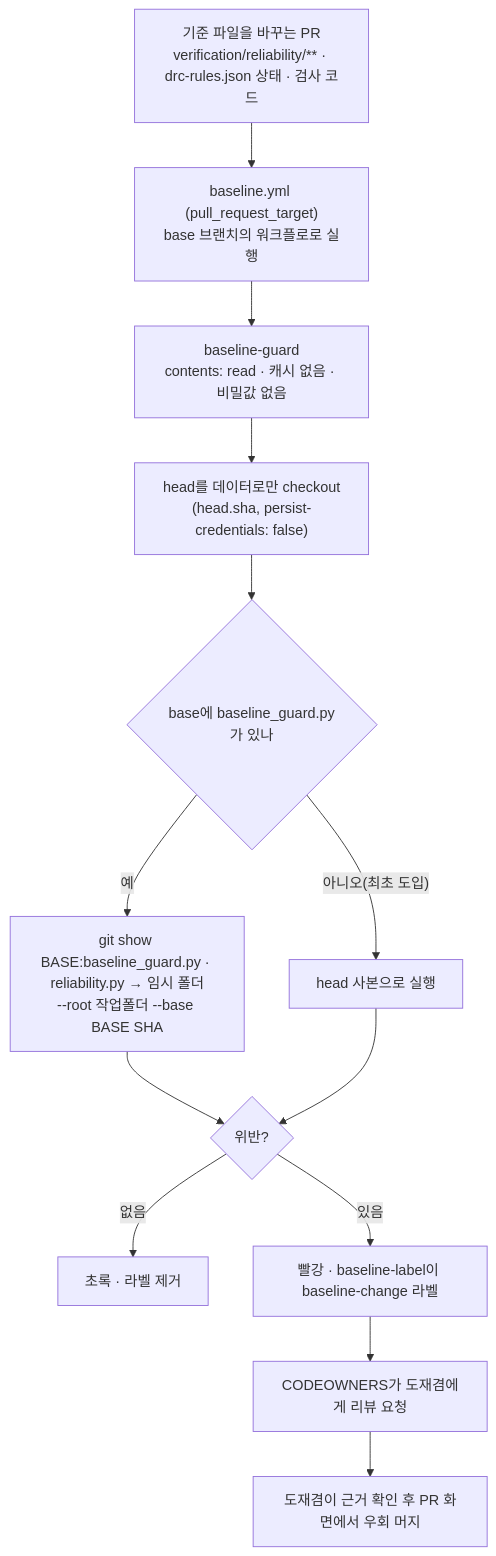
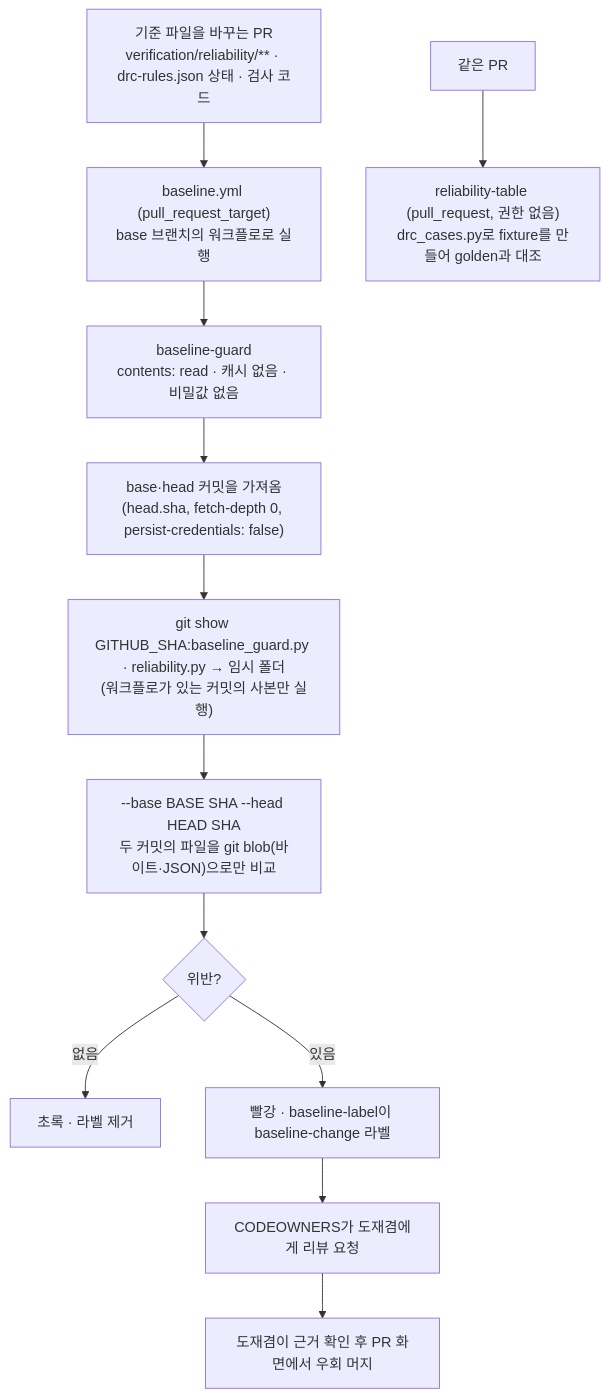
One commit to SNU-SSC-Lab/circuit-team-05 changed the first of 3 diagrams in docs/specs/0019-merge-gate.md. Above: the diagram before and after it, drawn with Mermaid. The commit also changed other lines of this file and 6 other files, not shown here.

Commit message:
fix: keep PR code out of pull_request_target

````diff
--- a/docs/specs/0019-merge-gate.md
+++ b/docs/specs/0019-merge-gate.md
@@ -90,15 +90,14 @@
 ```mermaid
 flowchart TD
     PR["기준 파일을 바꾸는 PR<br>verification/reliability/** · drc-rules.json 상태 · 검사 코드"] --> T["baseline.yml (pull_request_target)<br>base 브랜치의 워크플로로 실행"]
     T --> G["baseline-guard<br>contents: read · 캐시 없음 · 비밀값 없음"]
-    G --> CO["head를 데이터로만 checkout<br>(head.sha, persist-credentials: false)"]
-    CO --> COPY{"base에 baseline_guard.py가 있나"}
-    COPY -- 예 --> BASE["git show BASE:baseline_guard.py · reliability.py → 임시 폴더<br>--root 작업폴더 --base BASE SHA"]
-    COPY -- 아니오(최초 도입) --> HEAD["head 사본으로 실행"]
-    BASE --> V{"위반?"}
-    HEAD --> V
+    G --> CO["base·head 커밋을 가져옴<br>(head.sha, fetch-depth 0, persist-credentials: false)"]
+    CO --> COPY["git show GITHUB_SHA:baseline_guard.py · reliability.py → 임시 폴더<br>(워크플로가 있는 커밋의 사본만 실행)"]
+    COPY --> DIFF["--base BASE SHA --head HEAD SHA<br>두 커밋의 파일을 git blob(바이트·JSON)으로만 비교"]
+    DIFF --> V{"위반?"}
     V -- 없음 --> OK["초록 · 라벨 제거"]
     V -- 있음 --> RED["빨강 · baseline-label이 baseline-change 라벨"]
     RED --> OWN["CODEOWNERS가 도재겸에게 리뷰 요청"]
     OWN --> BY["도재겸이 근거 확인 후 PR 화면에서 우회 머지"]
+    PR2["같은 PR"] --> REL["reliability-table (pull_request, 권한 없음)<br>drc_cases.py로 fixture를 만들어 golden과 대조"]
 ```
````
